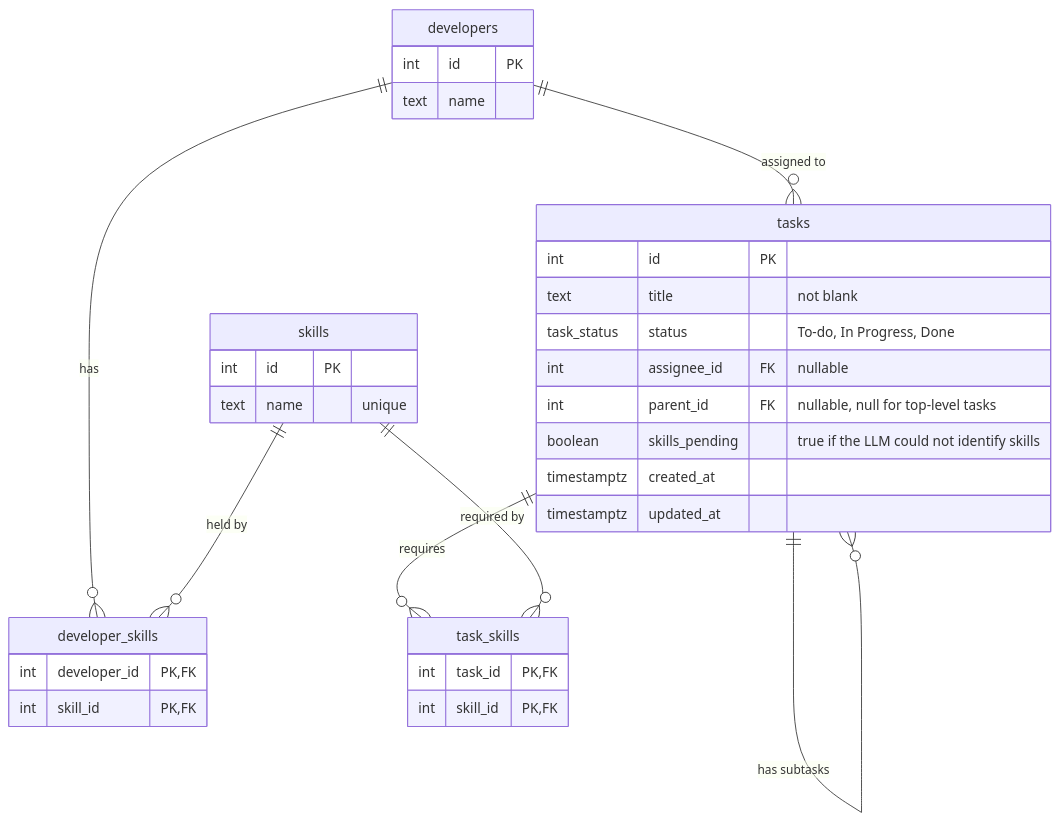
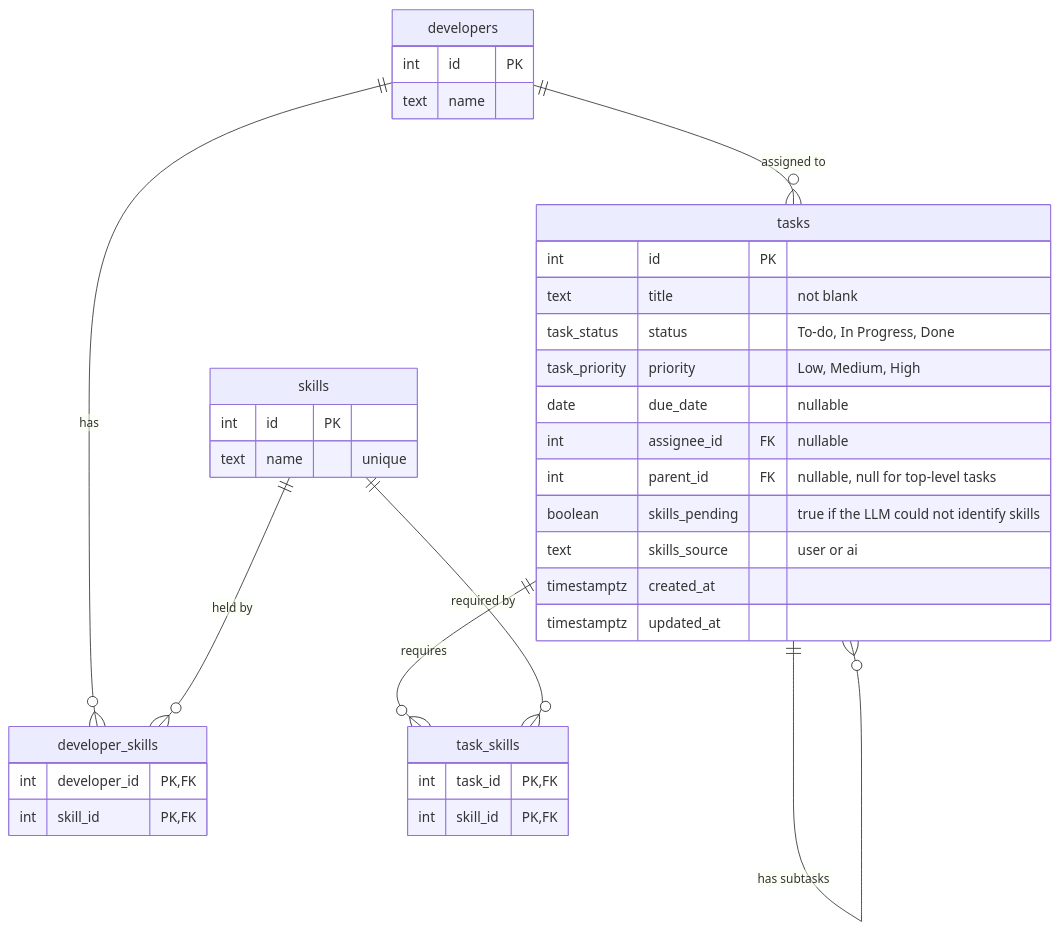
One commit to celestechin/htx-task-assignment changed the second of 2 diagrams in README.md. Above: the diagram before and after it, drawn with Mermaid. The commit also changed other lines of this file and 36 other files, not shown here.

First line of the commit message:
Enhancements: task cards, priorities, due dates, filters, edit and delete

````diff
--- a/README.md
+++ b/README.md
@@ -145,36 +168,39 @@
 ```mermaid
 erDiagram
     developers ||--o{ tasks : "assigned to"
     tasks ||--o{ tasks : "has subtasks"
     developers ||--o{ developer_skills : has
     skills ||--o{ developer_skills : "held by"
     tasks ||--o{ task_skills : requires
     skills ||--o{ task_skills : "required by"
 
     developers {
         int id PK
         text name
     }
     skills {
         int id PK
         text name "unique"
     }
     tasks {
         int id PK
         text title "not blank"
         task_status status "To-do, In Progress, Done"
+        task_priority priority "Low, Medium, High"
+        date due_date "nullable"
         int assignee_id FK "nullable"
         int parent_id FK "nullable, null for top-level tasks"
         boolean skills_pending "true if the LLM could not identify skills"
+        text skills_source "user or ai"
         timestamptz created_at
         timestamptz updated_at
     }
     developer_skills {
         int developer_id PK, FK
         int skill_id PK, FK
     }
     task_skills {
         int task_id PK, FK
         int skill_id PK, FK
     }
 ```
````
